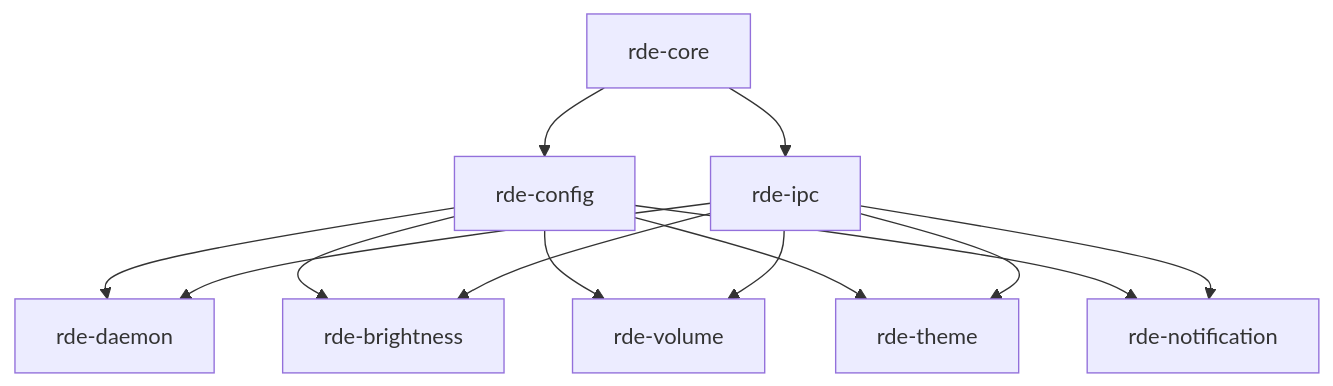
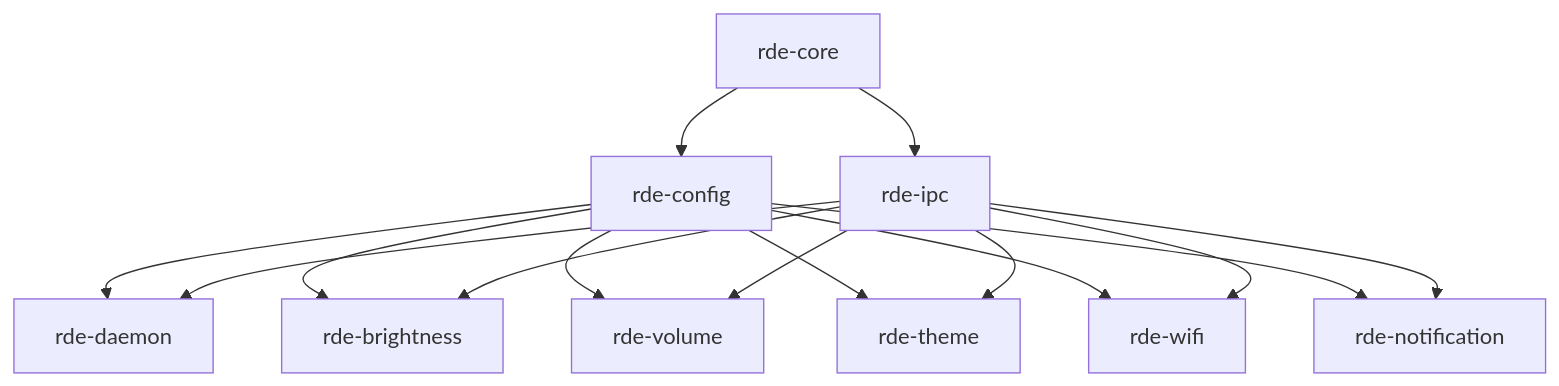
Before and after one commit to rijum8906/rde: the diagram in docs/architecture.md, drawn with Mermaid. The commit also changed other lines of this file and 1 other file, not shown here.

First line of the commit message:
docs: update architecture and dbus-api docs for rde-wifi service

````diff
--- a/docs/architecture.md
+++ b/docs/architecture.md
@@ -72,15 +73,17 @@
 ```mermaid
 graph TD
     core[rde-core] --> config[rde-config]
     core --> ipc[rde-ipc]
     config --> daemon[rde-daemon]
     ipc --> daemon
     config --> brightness[rde-brightness]
     ipc --> brightness
     config --> volume[rde-volume]
     ipc --> volume
     config --> theme[rde-theme]
     ipc --> theme
+    config --> wifi[rde-wifi]
+    ipc --> wifi
     config --> notification[rde-notification]
     ipc --> notification
 ```
````
